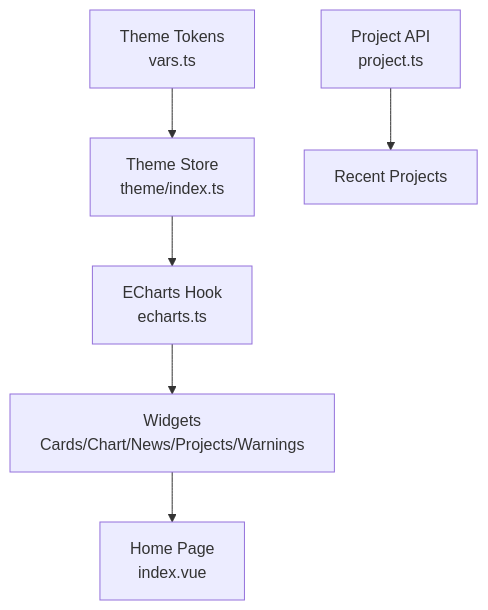
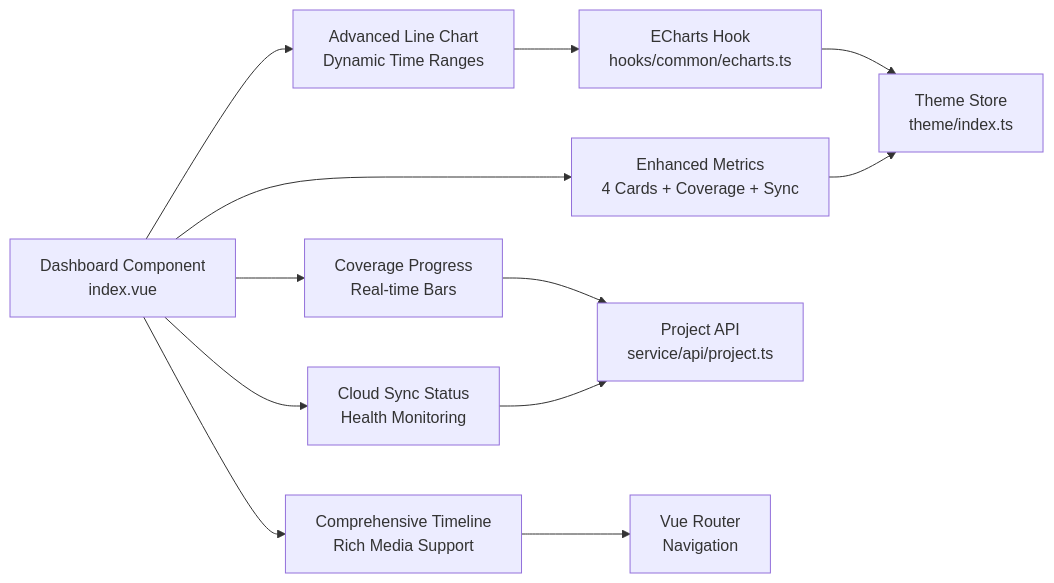
One commit to bo961386926/Survey-App changed the fourth of 4 diagrams in .qoder/repowiki/en/content/Desktop Admin Interface/Dashboard & Analytics.md. Above: the diagram before and after it, drawn with Mermaid. The commit also changed other lines of this file and 25 other files, not shown here.

````diff
--- a/.qoder/repowiki/en/content/Desktop Admin Interface/Dashboard & Analytics.md
+++ b/.qoder/repowiki/en/content/Desktop Admin Interface/Dashboard & Analytics.md
@@ -272,8 +292,14 @@
 ```mermaid
-graph TB
-Theme["Theme Tokens<br/>vars.ts"] --> ThemeStore["Theme Store<br/>theme/index.ts"]
-ThemeStore --> ECharts["ECharts Hook<br/>echarts.ts"]
-ECharts --> Widgets["Widgets<br/>Cards/Chart/News/Projects/Warnings"]
-API["Project API<br/>project.ts"] --> Projects["Recent Projects"]
-Widgets --> Home["Home Page<br/>index.vue"]
+graph LR
+Dashboard["Dashboard Component<br/>index.vue"] --> Metrics["Enhanced Metrics<br/>4 Cards + Coverage + Sync"]
+Dashboard --> Chart["Advanced Line Chart<br/>Dynamic Time Ranges"]
+Dashboard --> Activity["Comprehensive Timeline<br/>Rich Media Support"]
+Dashboard --> Coverage["Coverage Progress<br/>Real-time Bars"]
+Dashboard --> CloudSync["Cloud Sync Status<br/>Health Monitoring"]
+Chart --> EChartsHook["ECharts Hook<br/>hooks/common/echarts.ts"]
+EChartsHook --> ThemeStore["Theme Store<br/>theme/index.ts"]
+Coverage --> API["Project API<br/>service/api/project.ts"]
+CloudSync --> API
+Metrics --> ThemeStore
+Activity --> Router["Vue Router<br/>Navigation"]
 ```
````
